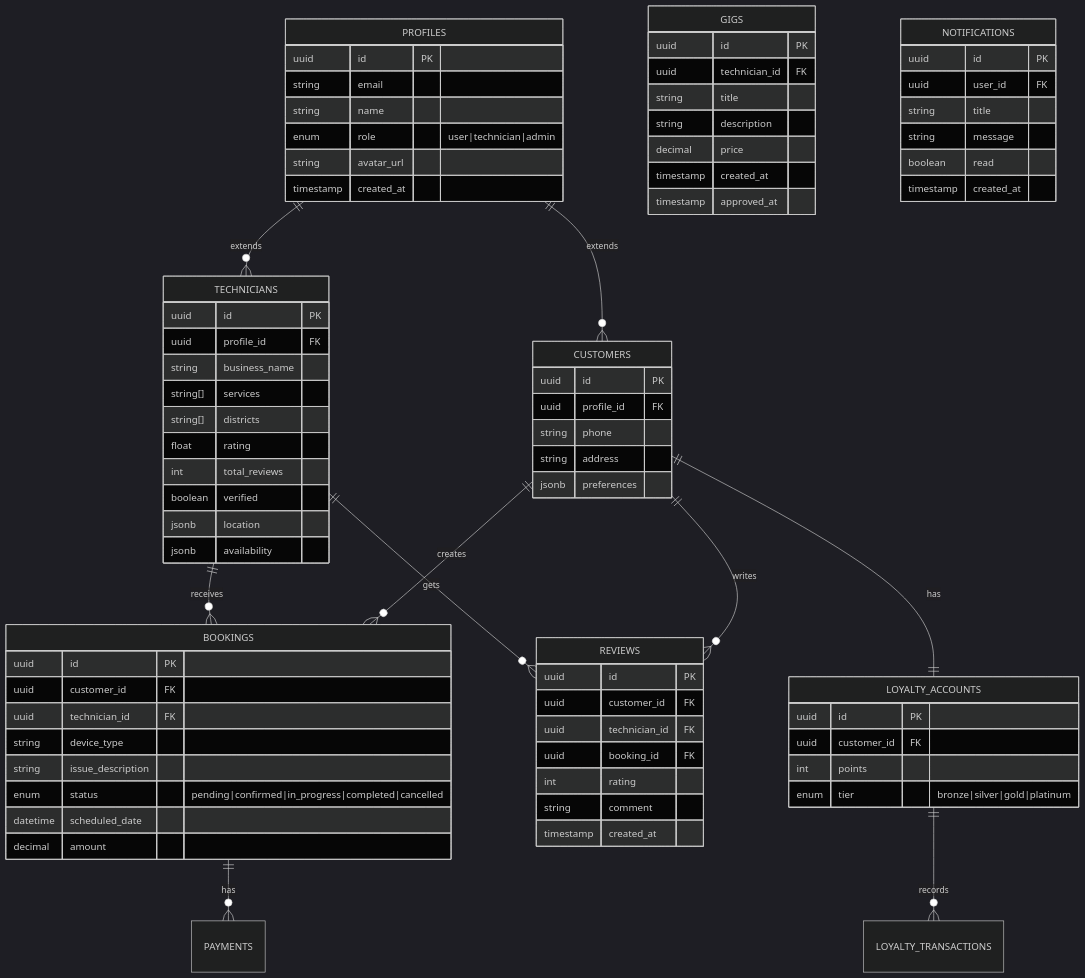
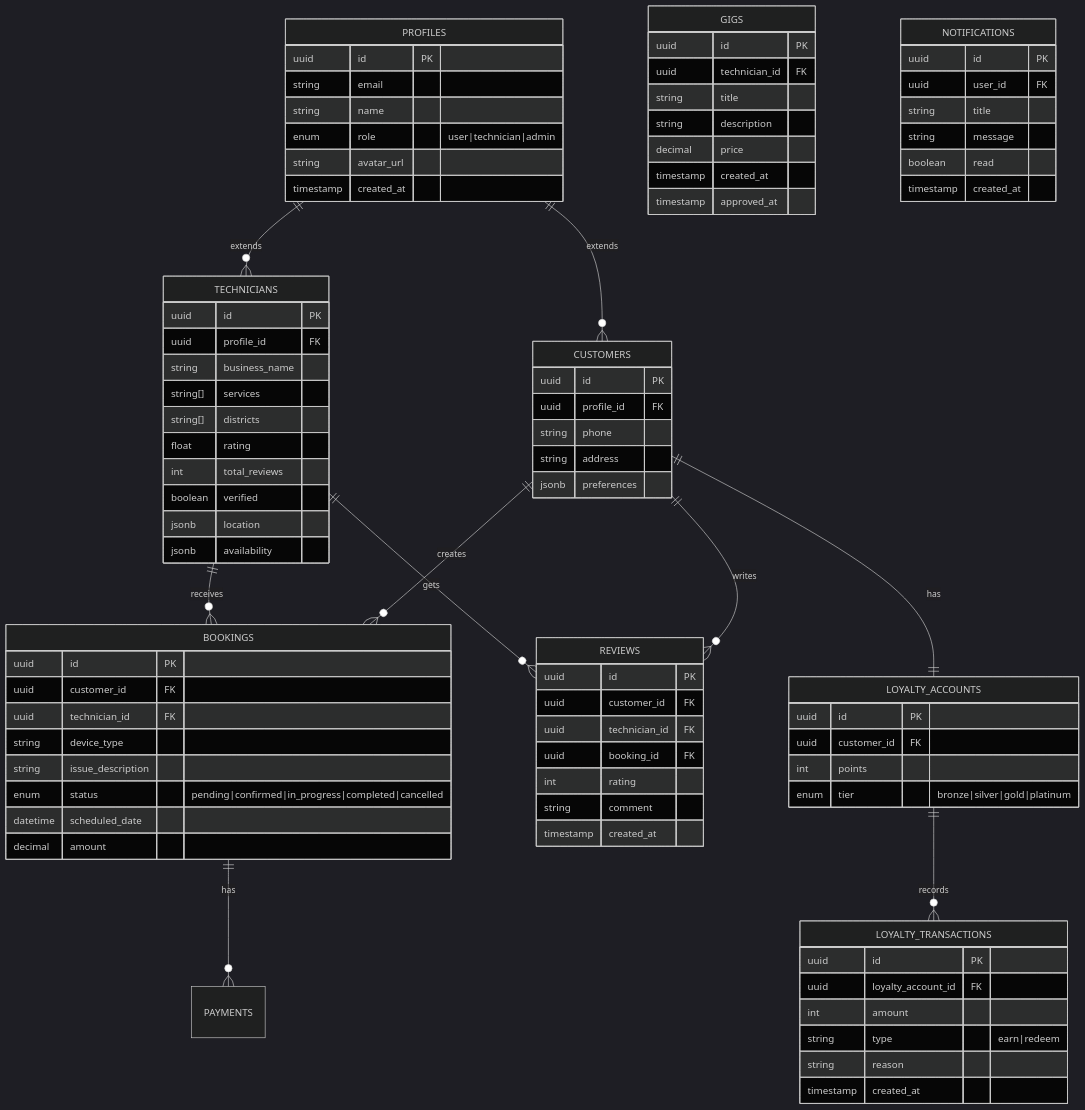
One commit to Irchika774/Tech-Care_official changed the third of 14 diagrams in README.md. Above: the diagram before and after it, drawn with Mermaid (dark theme). The commit also changed other lines of this file and 3 other files, not shown here.

```diff
--- a/README.md
+++ b/README.md
@@ -297,6 +303,15 @@
         enum tier "bronze|silver|gold|platinum"
     }
     
+    LOYALTY_TRANSACTIONS {
+        uuid id PK
+        uuid loyalty_account_id FK
+        int amount
+        string type "earn|redeem"
+        string reason
+        timestamp created_at
+    }
+    
     NOTIFICATIONS {
         uuid id PK
         uuid user_id FK
```
